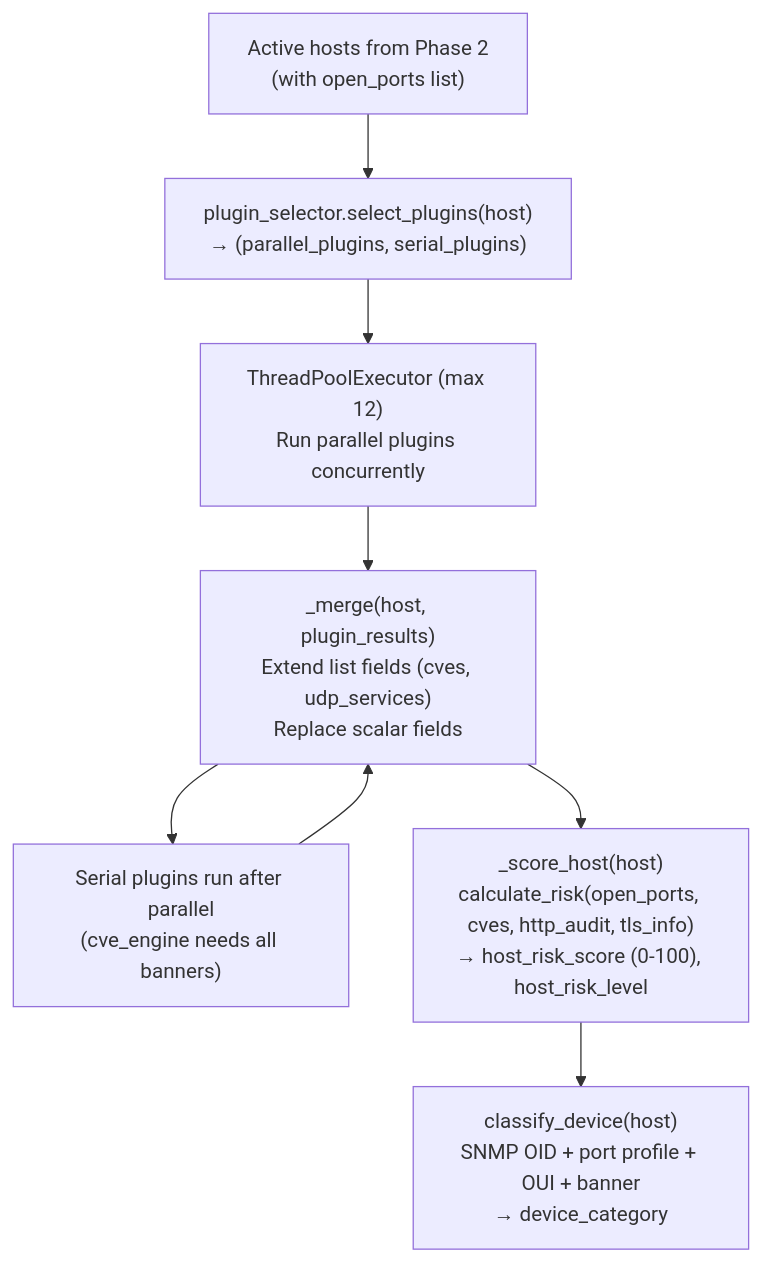
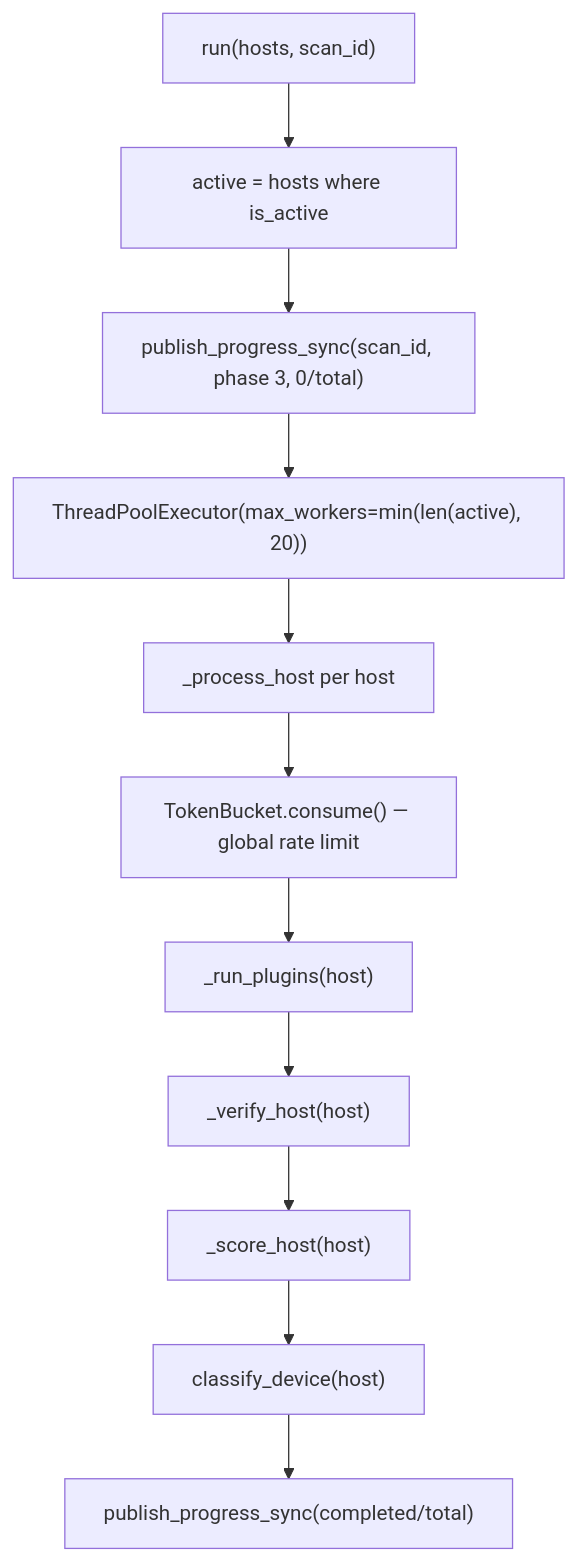
One commit to pankajkumar2498/CCure-PRO changed the third of 6 diagrams in docs/SCAN_ENGINE_DEEP_DIVE.md. Above: the diagram before and after it, drawn with Mermaid. The commit also changed other lines of this file and 8 other files, not shown here.

````diff
--- a/docs/SCAN_ENGINE_DEEP_DIVE.md
+++ b/docs/SCAN_ENGINE_DEEP_DIVE.md
@@ -176,14 +432,13 @@
 ```mermaid
 flowchart TD
-    hosts["Active hosts from Phase 2\n(with open_ports list)"]
-    select["plugin_selector.select_plugins(host)\n→ (parallel_plugins, serial_plugins)"]
-    parallel["ThreadPoolExecutor (max 12)\nRun parallel plugins concurrently"]
-    serial["Serial plugins run after parallel\n(cve_engine needs all banners)"]
-    merge["_merge(host, plugin_results)\nExtend list fields (cves, udp_services)\nReplace scalar fields"]
-    score["_score_host(host)\ncalculate_risk(open_ports, cves, http_audit, tls_info)\n→ host_risk_score (0-100), host_risk_level"]
-    classify["classify_device(host)\nSNMP OID + port profile + OUI + banner\n→ device_category"]
-
-    hosts --> select --> parallel --> merge
-    merge --> serial --> merge
-    merge --> score --> classify
+    A["run(hosts, scan_id)"] --> B["active = hosts where is_active"]
+    B --> C["publish_progress_sync(scan_id, phase 3, 0/total)"]
+    C --> D["ThreadPoolExecutor(max_workers=min(len(active), 20))"]
+    D --> E["_process_host per host"]
+    E --> F["TokenBucket.consume() — global rate limit"]
+    F --> G["_run_plugins(host)"]
+    G --> H["_verify_host(host)"]
+    H --> I["_score_host(host)"]
+    I --> J["classify_device(host)"]
+    J --> K["publish_progress_sync(completed/total)"]
 ```
````
